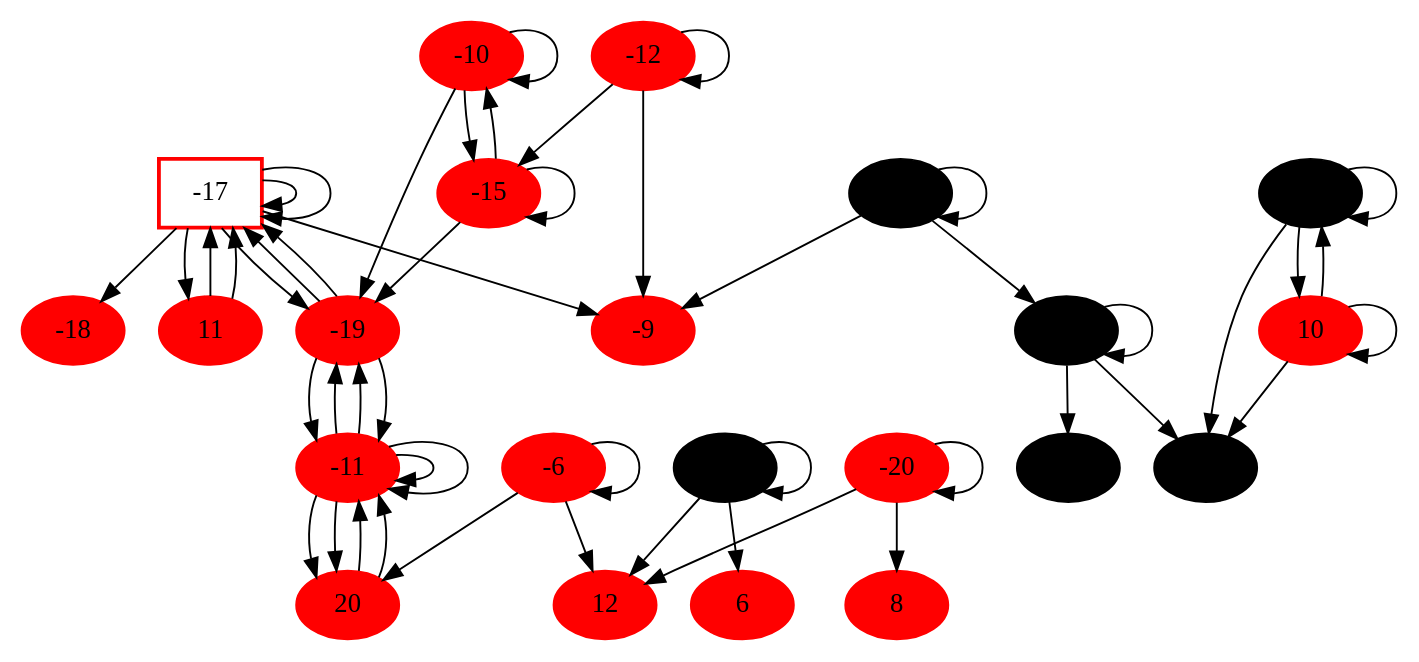
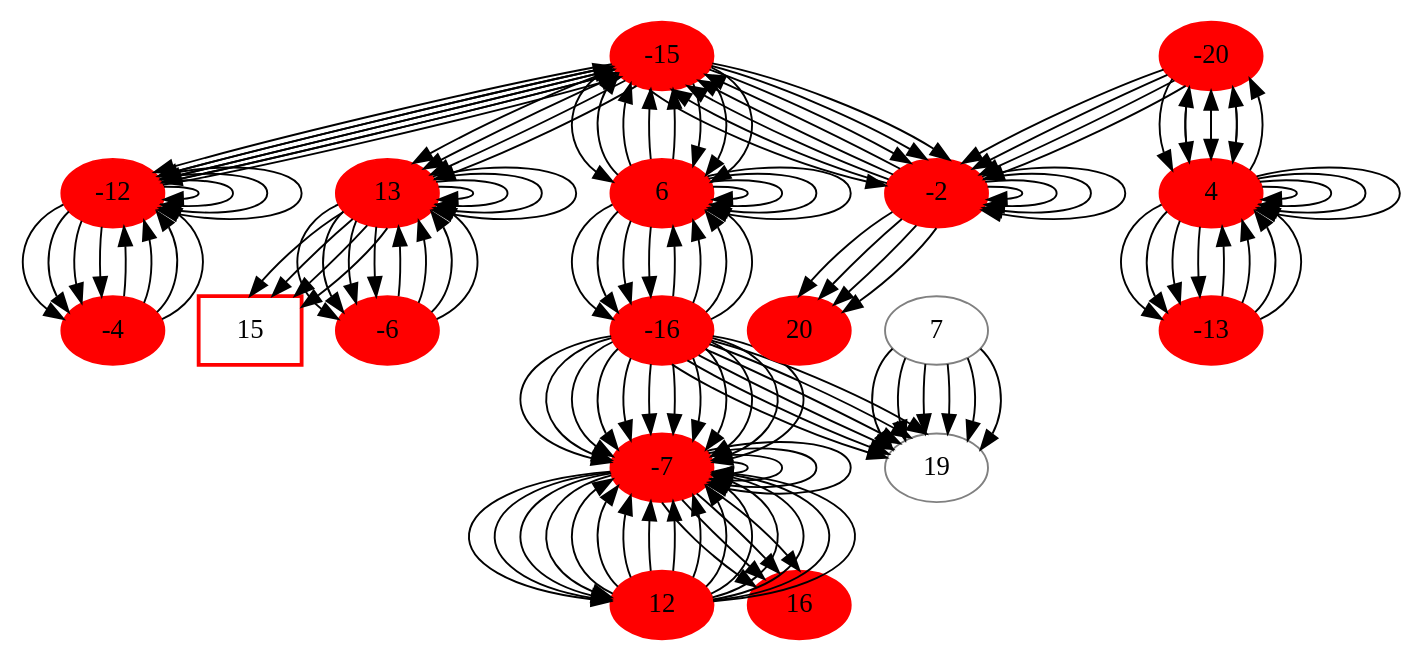
Before and after one commit to fpirot/dpll: the diagram in Graph/graph4.dot, drawn with Graphviz. The commit also changed 167 other files, not shown here.

```diff
--- a/Graph/graph4.dot
+++ b/Graph/graph4.dot
@@ -1,96 +1,224 @@
 digraph G {
 size ="20, 20";
--17[shape=box,style=bold,color="1.700000 1.700000 1.700000"];
-node [style=filled,color="2.000000 2.000000 2.000000"];
--17 -> 11;
-node [style=filled,color="2.000000 2.000000 2.000000"];
--17 -> -17;
-node [style=filled,color="2.000000 2.000000 2.000000"];
--17 -> -19;
-node [style=filled,color="2.000000 2.000000 2.000000"];
--11 -> -11;
-node [style=filled,color="2.000000 2.000000 2.000000"];
--11 -> -19;
-node [style=filled,color="2.000000 2.000000 2.000000"];
--11 -> 20;
-node [style=filled,color="0.000000 0.000000 0.000000"];
--3 -> -3;
-node [style=filled,color="2.000000 2.000000 2.000000"];
--3 -> 6;
-node [style=filled,color="2.000000 2.000000 2.000000"];
--3 -> 12;
-node [style=filled,color="2.000000 2.000000 2.000000"];
--6 -> -6;
-node [style=filled,color="2.000000 2.000000 2.000000"];
--6 -> 12;
-node [style=filled,color="2.000000 2.000000 2.000000"];
--6 -> 20;
-node [style=filled,color="2.000000 2.000000 2.000000"];
--11 -> -11;
-node [style=filled,color="2.000000 2.000000 2.000000"];
--11 -> -19;
-node [style=filled,color="2.000000 2.000000 2.000000"];
--11 -> 20;
-node [style=filled,color="2.000000 2.000000 2.000000"];
--20 -> 8;
-node [style=filled,color="2.000000 2.000000 2.000000"];
--20 -> 12;
-node [style=filled,color="2.000000 2.000000 2.000000"];
--20 -> -20;
-node [style=filled,color="0.000000 0.000000 0.000000"];
--8 -> -2;
-node [style=filled,color="2.000000 2.000000 2.000000"];
--8 -> -8;
-node [style=filled,color="2.000000 2.000000 2.000000"];
--8 -> 10;
-node [style=filled,color="2.000000 2.000000 2.000000"];
--10 -> -10;
-node [style=filled,color="2.000000 2.000000 2.000000"];
--10 -> -15;
-node [style=filled,color="2.000000 2.000000 2.000000"];
--10 -> -19;
-node [style=filled,color="2.000000 2.000000 2.000000"];
--12 -> -9;
-node [style=filled,color="2.000000 2.000000 2.000000"];
+15[shape=box,style=bold,color="1.500000 1.500000 1.500000"];
+node [style=filled,color="1.500000 1.500000 1.500000"];
+-7 -> -7;
+node [style=filled,color="1.500000 1.500000 1.500000"];
+-7 -> 12;
+node [style=filled,color="1.500000 1.500000 1.500000"];
+-7 -> 16;
+node [style=filled,color="1.500000 1.500000 1.500000"];
+-12 -> -4;
+node [style=filled,color="1.500000 1.500000 1.500000"];
 -12 -> -12;
-node [style=filled,color="2.000000 2.000000 2.000000"];
+node [style=filled,color="1.500000 1.500000 1.500000"];
 -12 -> -15;
-node [style=filled,color="0.000000 0.000000 0.000000"];
-15 -> -2;
-node [style=filled,color="2.000000 2.000000 2.000000"];
-15 -> 15;
-node [style=filled,color="0.000000 0.000000 0.000000"];
-15 -> 16;
-node [style=filled,color="0.000000 0.000000 0.000000"];
--5 -> -5;
-node [style=filled,color="2.000000 2.000000 2.000000"];
--5 -> -9;
-node [style=filled,color="2.000000 2.000000 2.000000"];
--5 -> 15;
-node [style=filled,color="2.000000 2.000000 2.000000"];
--15 -> -10;
-node [style=filled,color="2.000000 2.000000 2.000000"];
--15 -> -15;
-node [style=filled,color="2.000000 2.000000 2.000000"];
--15 -> -19;
-node [style=filled,color="0.000000 0.000000 0.000000"];
-10 -> -2;
-node [style=filled,color="2.000000 2.000000 2.000000"];
-10 -> -8;
-node [style=filled,color="2.000000 2.000000 2.000000"];
-10 -> 10;
-node [style=filled,color="2.000000 2.000000 2.000000"];
--17 -> -9;
-node [style=filled,color="2.000000 2.000000 2.000000"];
--17 -> -17;
-node [style=filled,color="1.700000 1.700000 1.700000"];
--17 -> -18;
+node [style=filled,color="1.500000 1.500000 1.500000"];
+4 -> 4;
+node [style=filled,color="1.500000 1.500000 1.500000"];
+4 -> -13;
+node [style=filled,color="1.500000 1.500000 1.500000"];
+4 -> -20;
+node [style=filled,color="1.500000 1.500000 1.500000"];
+13 -> -6;
+node [style=filled,color="1.500000 1.500000 1.500000"];
+13 -> 13;
+node [style=filled,color="1.500000 1.500000 1.500000"];
+13 -> 15;
+node [style=filled,color="1.500000 1.500000 1.500000"];
+6 -> 6;
+node [style=filled,color="1.500000 1.500000 1.500000"];
+6 -> -15;
+node [style=filled,color="1.500000 1.500000 1.500000"];
+6 -> -16;
+node [style=filled,color="1.500000 1.500000 1.500000"];
+-2 -> -2;
+node [style=filled,color="1.500000 1.500000 1.500000"];
+-2 -> -15;
+node [style=filled,color="1.500000 1.500000 1.500000"];
+-2 -> 20;
+node [style=filled,color="1.500000 1.500000 1.500000"];
+-7 -> -7;
+node [style=filled,color="1.500000 1.500000 1.500000"];
+-7 -> 12;
+node [style=filled,color="1.500000 1.500000 1.500000"];
+-7 -> 16;
+node [style=filled,color="1.500000 1.500000 1.500000"];
+-12 -> -4;
+node [style=filled,color="1.500000 1.500000 1.500000"];
+-12 -> -12;
+node [style=filled,color="1.500000 1.500000 1.500000"];
+-12 -> -15;
+node [style=filled,color="1.500000 1.500000 1.500000"];
+4 -> 4;
+node [style=filled,color="1.500000 1.500000 1.500000"];
+4 -> -13;
+node [style=filled,color="1.500000 1.500000 1.500000"];
+4 -> -20;
+node [style=filled,color="1.500000 1.500000 1.500000"];
+13 -> -6;
+node [style=filled,color="1.500000 1.500000 1.500000"];
+13 -> 13;
+node [style=filled,color="1.500000 1.500000 1.500000"];
+13 -> 15;
+node [style=filled,color="1.500000 1.500000 1.500000"];
+6 -> 6;
+node [style=filled,color="1.500000 1.500000 1.500000"];
+6 -> -15;
+node [style=filled,color="1.500000 1.500000 1.500000"];
+6 -> -16;
+node [style=filled,color="1.500000 1.500000 1.500000"];
+-2 -> -2;
+node [style=filled,color="1.500000 1.500000 1.500000"];
+-2 -> -15;
+node [style=filled,color="1.500000 1.500000 1.500000"];
+-2 -> 20;
+node [style=filled,color="1.500000 1.500000 1.500000"];
+-7 -> -7;
+node [style=filled,color="1.500000 1.500000 1.500000"];
+-7 -> 12;
+node [style=filled,color="1.500000 1.500000 1.500000"];
+-7 -> 16;
+node [style=filled,color="1.500000 1.500000 1.500000"];
+-12 -> -4;
+node [style=filled,color="1.500000 1.500000 1.500000"];
+-12 -> -12;
+node [style=filled,color="1.500000 1.500000 1.500000"];
+-12 -> -15;
+node [style=filled,color="1.500000 1.500000 1.500000"];
+4 -> 4;
+node [style=filled,color="1.500000 1.500000 1.500000"];
+4 -> -13;
+node [style=filled,color="1.500000 1.500000 1.500000"];
+4 -> -20;
+node [style=filled,color="1.500000 1.500000 1.500000"];
+13 -> -6;
+node [style=filled,color="1.500000 1.500000 1.500000"];
+13 -> 13;
+node [style=filled,color="1.500000 1.500000 1.500000"];
+13 -> 15;
+node [style=filled,color="1.500000 1.500000 1.500000"];
+6 -> 6;
+node [style=filled,color="1.500000 1.500000 1.500000"];
+6 -> -15;
+node [style=filled,color="1.500000 1.500000 1.500000"];
+6 -> -16;
+node [style=filled,color="1.500000 1.500000 1.500000"];
+-2 -> -2;
+node [style=filled,color="1.500000 1.500000 1.500000"];
+-2 -> -15;
+node [style=filled,color="1.500000 1.500000 1.500000"];
+-2 -> 20;
+node [style=filled,color="1.500000 1.500000 1.500000"];
+-7 -> -7;
+node [style=filled,color="1.500000 1.500000 1.500000"];
+-7 -> 12;
+node [style=filled,color="1.500000 1.500000 1.500000"];
+-7 -> 16;
+node [style=filled,color="1.500000 1.500000 1.500000"];
+-12 -> -4;
+node [style=filled,color="1.500000 1.500000 1.500000"];
+-12 -> -12;
+node [style=filled,color="1.500000 1.500000 1.500000"];
+-12 -> -15;
+node [style=filled,color="1.500000 1.500000 1.500000"];
+4 -> 4;
+node [style=filled,color="1.500000 1.500000 1.500000"];
+4 -> -13;
+node [style=filled,color="1.500000 1.500000 1.500000"];
+4 -> -20;
+node [style=filled,color="1.500000 1.500000 1.500000"];
+13 -> -6;
+node [style=filled,color="1.500000 1.500000 1.500000"];
+13 -> 13;
+node [style=filled,color="1.500000 1.500000 1.500000"];
+13 -> 15;
+node [style=filled,color="1.500000 1.500000 1.500000"];
+6 -> 6;
+node [style=filled,color="1.500000 1.500000 1.500000"];
+6 -> -15;
+node [style=filled,color="1.500000 1.500000 1.500000"];
+6 -> -16;
+node [style=filled,color="1.500000 1.500000 1.500000"];
+-2 -> -2;
+node [style=filled,color="1.500000 1.500000 1.500000"];
+-2 -> -15;
+node [style=filled,color="1.500000 1.500000 1.500000"];
+-2 -> 20;
 node [style=solid,color="grey"];
-11 -> -17;
--19 -> -17;
--19 -> -11;
-20 -> -11;
--19 -> -11;
-20 -> -11;
-11 -> -17;
--19 -> -17;}
+12 -> -7;
+-16 -> -7;
+-4 -> -12;
+-15 -> -12;
+-13 -> 4;
+-20 -> 4;
+-6 -> 13;
+-15 -> 13;
+-15 -> 6;
+-16 -> 6;
+-15 -> -2;
+-20 -> -2;
+12 -> -7;
+-16 -> -7;
+12 -> -7;
+-16 -> -7;
+7 -> 19;
+-16 -> 19;
+7 -> 19;
+-16 -> 19;
+12 -> -7;
+-16 -> -7;
+-4 -> -12;
+-15 -> -12;
+-13 -> 4;
+-20 -> 4;
+-6 -> 13;
+-15 -> 13;
+-15 -> 6;
+-16 -> 6;
+-15 -> -2;
+-20 -> -2;
+12 -> -7;
+-16 -> -7;
+12 -> -7;
+-16 -> -7;
+7 -> 19;
+-16 -> 19;
+7 -> 19;
+-16 -> 19;
+12 -> -7;
+-16 -> -7;
+-4 -> -12;
+-15 -> -12;
+-13 -> 4;
+-20 -> 4;
+-6 -> 13;
+-15 -> 13;
+-15 -> 6;
+-16 -> 6;
+-15 -> -2;
+-20 -> -2;
+12 -> -7;
+-16 -> -7;
+12 -> -7;
+-16 -> -7;
+7 -> 19;
+-16 -> 19;
+7 -> 19;
+-16 -> 19;
+12 -> -7;
+-16 -> -7;
+-4 -> -12;
+-15 -> -12;
+-13 -> 4;
+-20 -> 4;
+-6 -> 13;
+-15 -> 13;
+-15 -> 6;
+-16 -> 6;
+-15 -> -2;
+-20 -> -2;
+12 -> -7;
+-16 -> -7;
+12 -> -7;
+-16 -> -7;}
```
